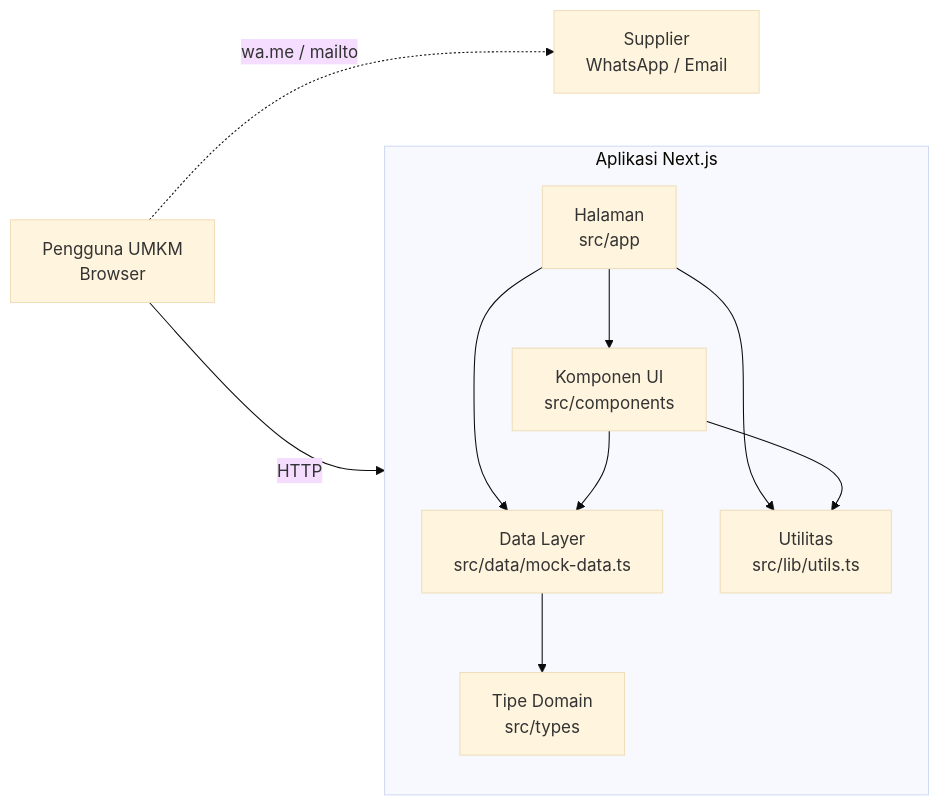
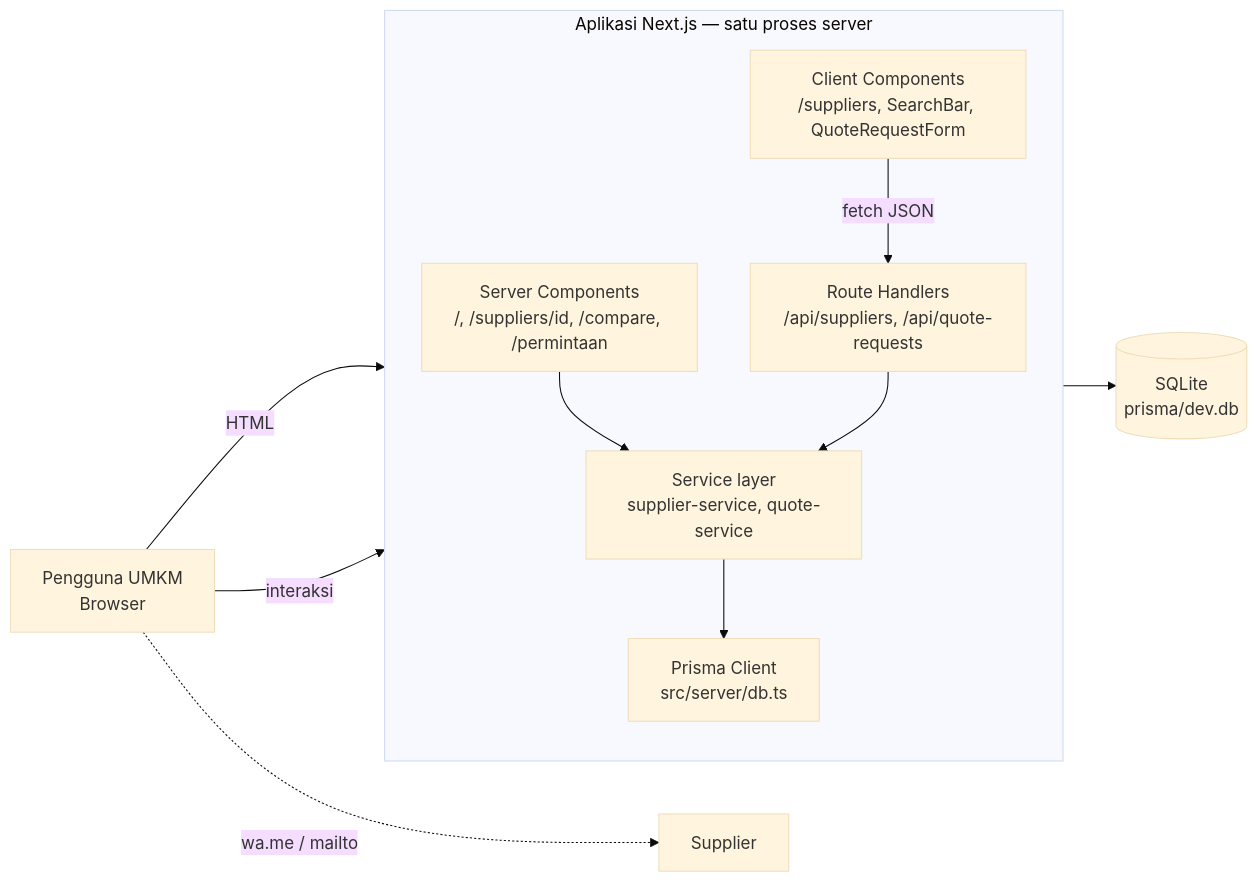
Before and after one commit to athifk0712/Rpl-app: the first of 4 diagrams in ARCHITECTURE.md, drawn with Mermaid (base theme). The commit also changed other lines of this file and 2 other files, not shown here.

````diff
--- a/ARCHITECTURE.md
+++ b/ARCHITECTURE.md
@@ -40,16 +43,24 @@
 ```mermaid
 flowchart LR
-  User[Pengguna UMKM<br/>Browser] -->|HTTP| Next[Next.js App Router]
+  User[Pengguna UMKM<br/>Browser]
 
-  subgraph Next[Aplikasi Next.js]
+  subgraph Next[Aplikasi Next.js — satu proses server]
     direction TB
-    Pages[Halaman<br/>src/app] --> Components[Komponen UI<br/>src/components]
-    Pages --> Data[Data Layer<br/>src/data/mock-data.ts]
-    Components --> Data
-    Pages --> Utils[Utilitas<br/>src/lib/utils.ts]
-    Components --> Utils
-    Data --> Types[Tipe Domain<br/>src/types]
+    SC[Server Components<br/>/, /suppliers/id, /compare, /permintaan]
+    CC[Client Components<br/>/suppliers, SearchBar, QuoteRequestForm]
+    API[Route Handlers<br/>/api/suppliers, /api/quote-requests]
+    SVC[Service layer<br/>supplier-service, quote-service]
+    DBC[Prisma Client<br/>src/server/db.ts]
+    SC --> SVC
+    API --> SVC
+    SVC --> DBC
   end
 
-  User -.->|wa.me / mailto| Supplier[Supplier<br/>WhatsApp / Email]
+  DB[(SQLite<br/>prisma/dev.db)]
+
+  User -->|HTML| SC
+  User -->|interaksi| CC
+  CC -->|fetch JSON| API
+  DBC --> DB
+  User -.->|wa.me / mailto| Supplier[Supplier]
 ```
````
